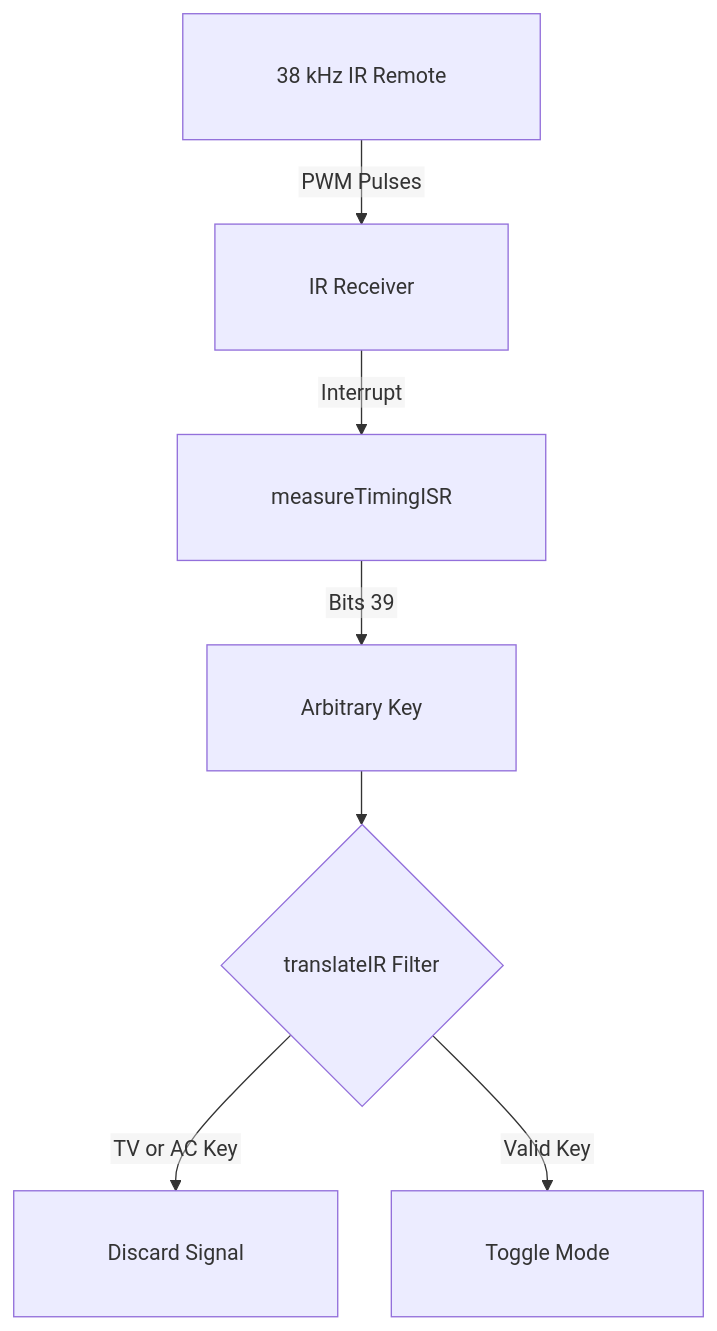
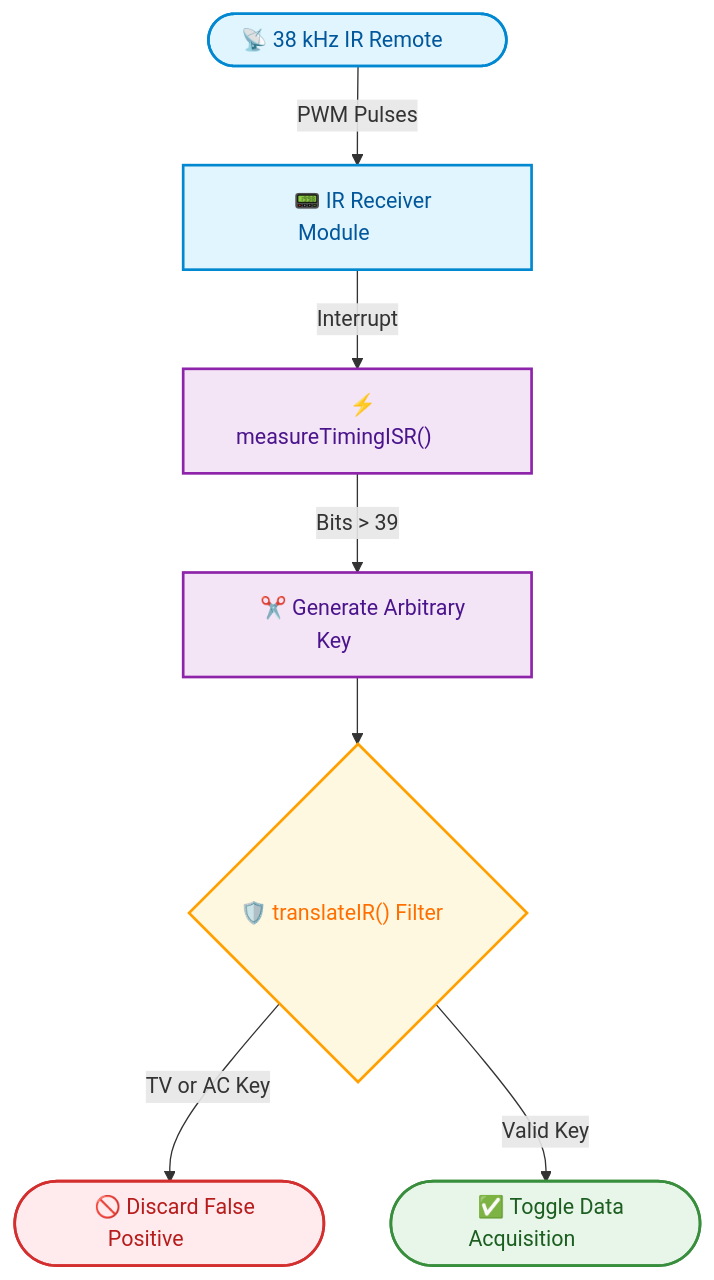
One commit to antor44/Acquisition4microcontrollers changed the first of 2 diagrams in README.md. Above: the diagram before and after it, drawn with Mermaid. The commit also changed other lines of this file, not shown here.

````diff
--- a/README.md
+++ b/README.md
@@ -41,10 +41,21 @@
 ```mermaid
-%%{init: {'flowchart': {'htmlLabels': false, 'padding': 35, 'nodeSpacing': 40, 'rankSpacing': 40}}}%%
 flowchart TD
-    A["38 kHz IR Remote"] -->|PWM Pulses| B["IR Receiver"]
-    B -->|Interrupt| C["measureTimingISR"]
-    C -->|Bits > 39| D["Arbitrary Key"]
-    D --> E{"translateIR Filter"}
-    E -->|TV or AC Key| F["Discard Signal"]
-    E -->|Valid Key| G["Toggle Mode"]
+    A(["⠀📡 38 kHz IR Remote⠀⠀⠀"]) -->|PWM Pulses| B["⠀📟 IR Receiver Module⠀⠀⠀"]
+    B -->|Interrupt| C["⠀⚡ measureTimingISR()⠀⠀⠀"]
+    C -->|Bits > 39| D["⠀✂️ Generate Arbitrary Key⠀⠀⠀"]
+    D --> E{"⠀🛡️ translateIR() Filter⠀⠀⠀"}
+    E -->|TV or AC Key| F(["⠀🚫 Discard False Positive⠀⠀⠀"])
+    E -->|Valid Key| G(["⠀✅ Toggle Data Acquisition⠀⠀⠀"])
+
+    classDef input fill:#e1f5fe,stroke:#0288d1,stroke-width:2px,color:#01579b;
+    classDef process fill:#f3e5f5,stroke:#8e24aa,stroke-width:2px,color:#4a148c;
+    classDef filter fill:#fff8e1,stroke:#ffa000,stroke-width:2px,color:#ff6f00;
+    classDef reject fill:#ffebee,stroke:#d32f2f,stroke-width:2px,color:#b71c1c;
+    classDef accept fill:#e8f5e9,stroke:#388e3c,stroke-width:2px,color:#1b5e20;
+
+    class A,B input;
+    class C,D process;
+    class E filter;
+    class F reject;
+    class G accept;
 ```
````
